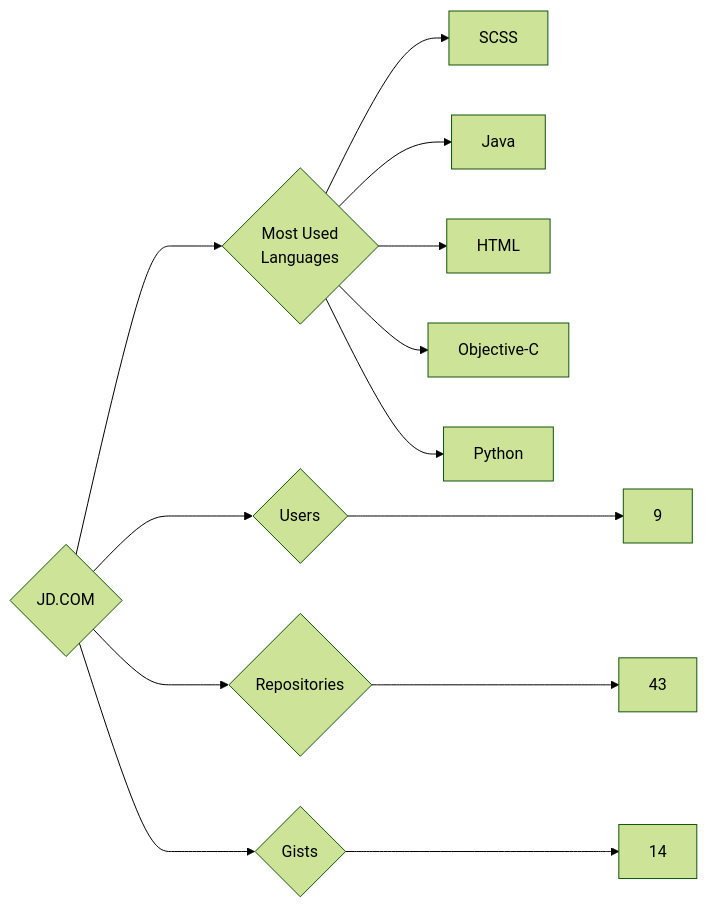
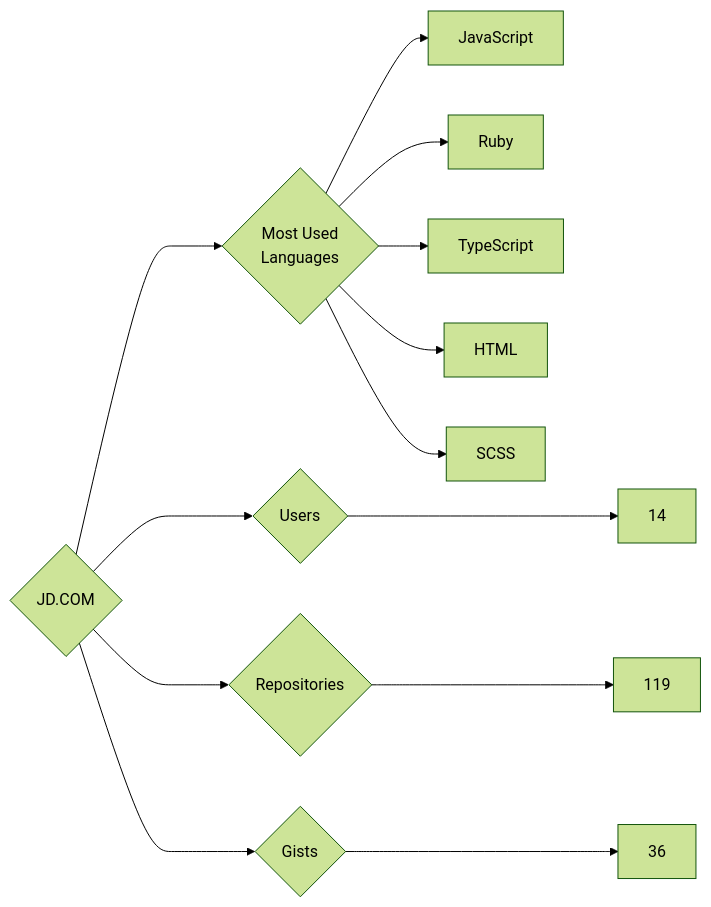
Before and after one commit to trickest/insiders: the diagram in targets/JD.COM/README.md, drawn with Mermaid (forest theme). The commit also changed 765 other files, not shown here.

````diff
--- a/targets/JD.COM/README.md
+++ b/targets/JD.COM/README.md
@@ -3,13 +3,13 @@
 ```mermaid
 graph LR
 COMPANY_NAME{JD.COM}
-COMPANY_NAME ---> U{Users} ---> UN[9]
-COMPANY_NAME ---> R{Repositories} ---> RN[43]
-COMPANY_NAME ---> G{Gists} ---> GN[14]
+COMPANY_NAME ---> U{Users} ---> UN[14]
+COMPANY_NAME ---> R{Repositories} ---> RN[119]
+COMPANY_NAME ---> G{Gists} ---> GN[36]
 COMPANY_NAME ---> ML{Most Used<br>Languages}
+ML --> JavaScript[JavaScript]
+ML --> Ruby[Ruby]
+ML --> TypeScript[TypeScript]
+ML --> HTML[HTML]
 ML --> SCSS[SCSS]
-ML --> Java[Java]
-ML --> HTML[HTML]
-ML --> Objective-C[Objective-C]
-ML --> Python[Python]
 ```
````
